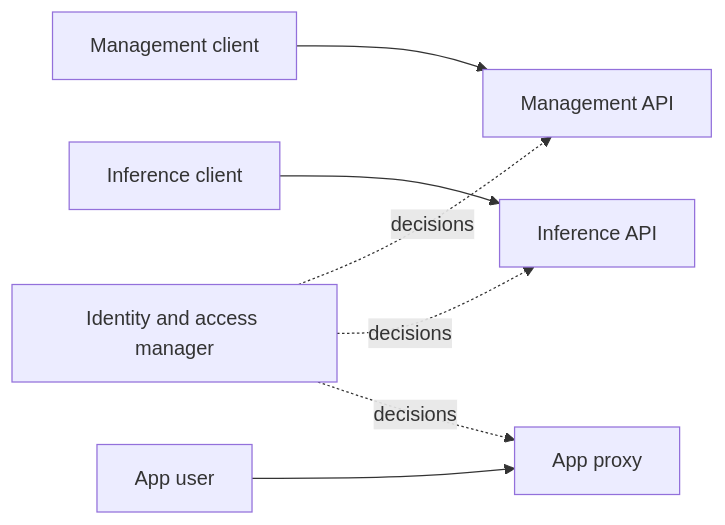
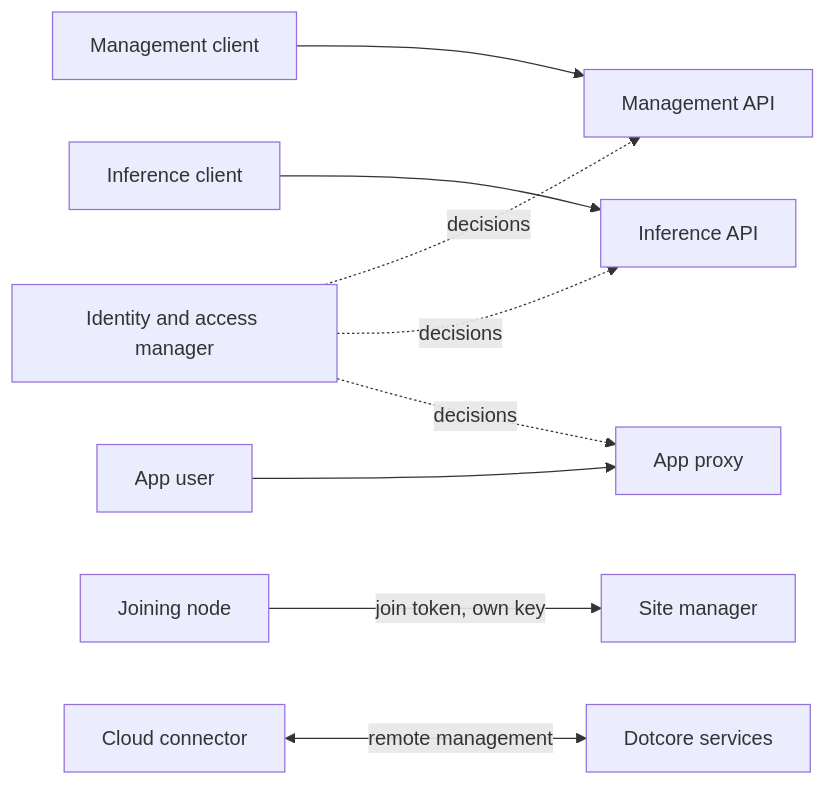
Before and after one commit to dotcoreai/dotcore: the diagram in docs/design/access.md, drawn with Mermaid. The commit also changed other lines of this file and 12 other files, not shown here.

Commit message:
docs(*): restructure design pages as architecture specs

````diff
--- a/docs/design/access.md
+++ b/docs/design/access.md
@@ -14,7 +19,9 @@
 ```mermaid
 flowchart LR
-  M["Management client"] --> MA["Management API"]
-  I["Inference client"] --> IA["Inference API"]
-  U["App user"] --> PX["App proxy"]
+  MC["Management client"] --> MA["Management API"]
+  IC["Inference client"] --> IA["Inference API"]
+  AU["App user"] --> PX["App proxy"]
   IAM["Identity and access manager"] -.->|"decisions"| MA & IA & PX
+  N["Joining node"] -->|"join token, own key"| SM["Site manager"]
+  CC["Cloud connector"] <-->|"remote management"| DS["Dotcore services"]
 ```
````
